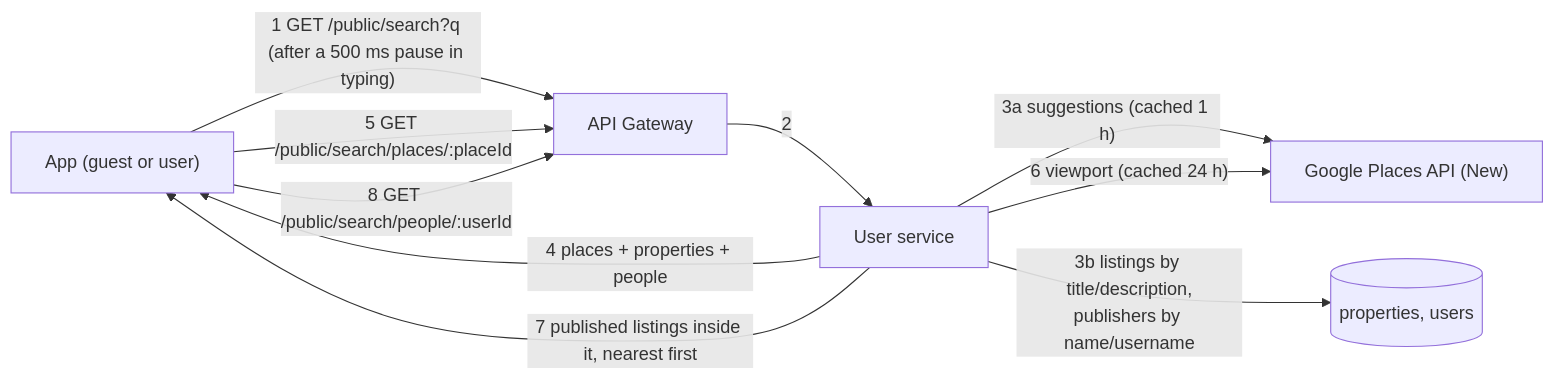
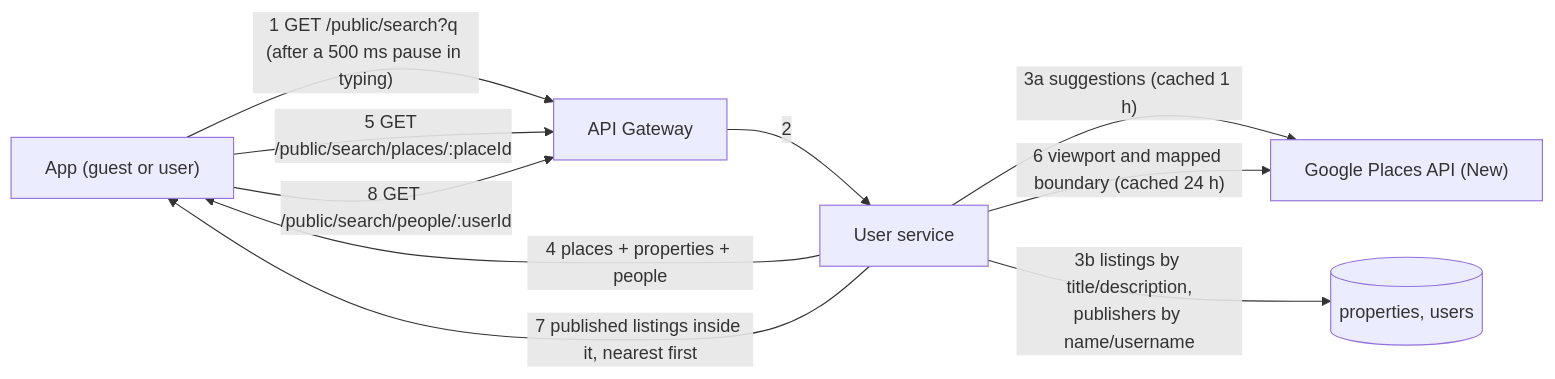
The tenth of 15 diagrams in docs/SYSTEM_DESIGN.md (GenieMapKH/GenieBackend), drawn with Mermaid before and after one commit. The commit also changed other lines of this file and 150 other files, not shown here.

````diff
--- a/docs/SYSTEM_DESIGN.md
+++ b/docs/SYSTEM_DESIGN.md
@@ -241,12 +241,12 @@
 ```mermaid
 flowchart LR
     C["App (guest or user)"] -->|"1 GET /public/search?q (after a 500 ms pause in typing)"| G["API Gateway"]
     G -->|"2"| U["User service"]
     U -->|"3a suggestions (cached 1 h)"| P["Google Places API (New)"]
     U -->|"3b listings by title/description,<br/>publishers by name/username"| DB[("properties, users")]
     U -->|"4 places + properties + people"| C
     C -->|"5 GET /public/search/places/:placeId"| G
-    U -->|"6 viewport (cached 24 h)"| P
+    U -->|"6 viewport and mapped boundary (cached 24 h)"| P
     U -->|"7 published listings inside it, nearest first"| C
     C -->|"8 GET /public/search/people/:userId"| G
 ```
````
